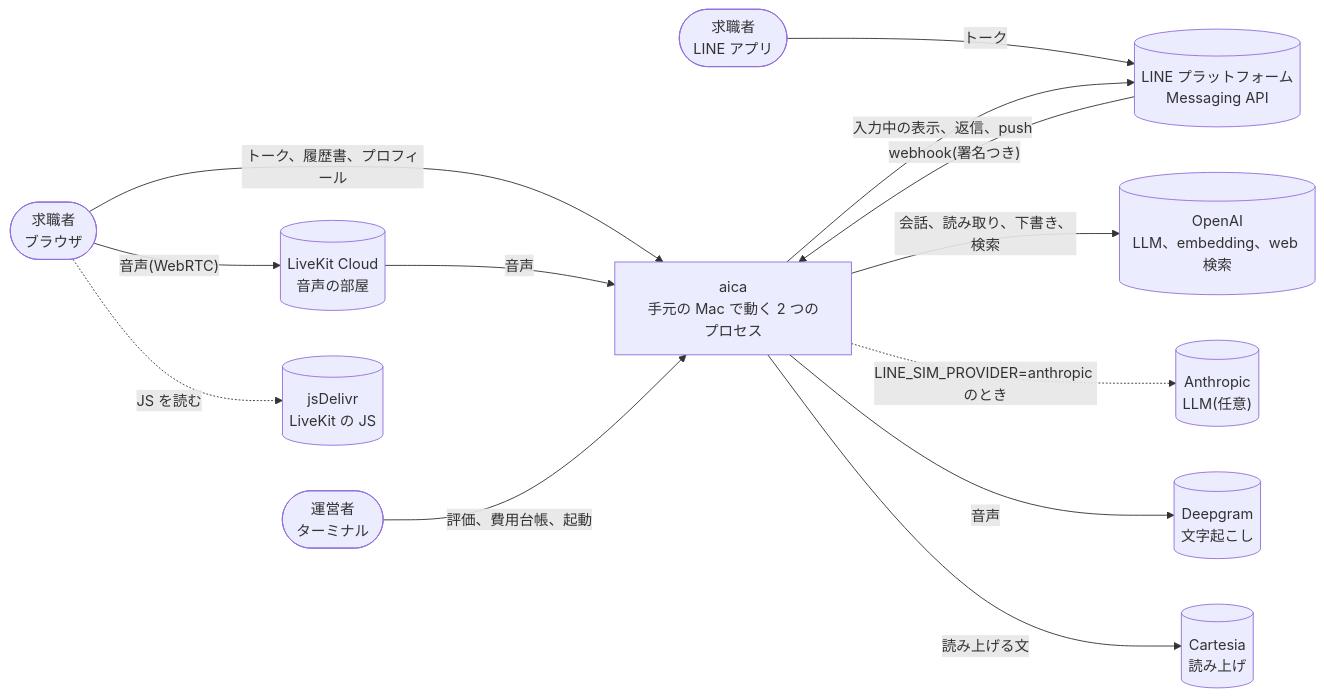
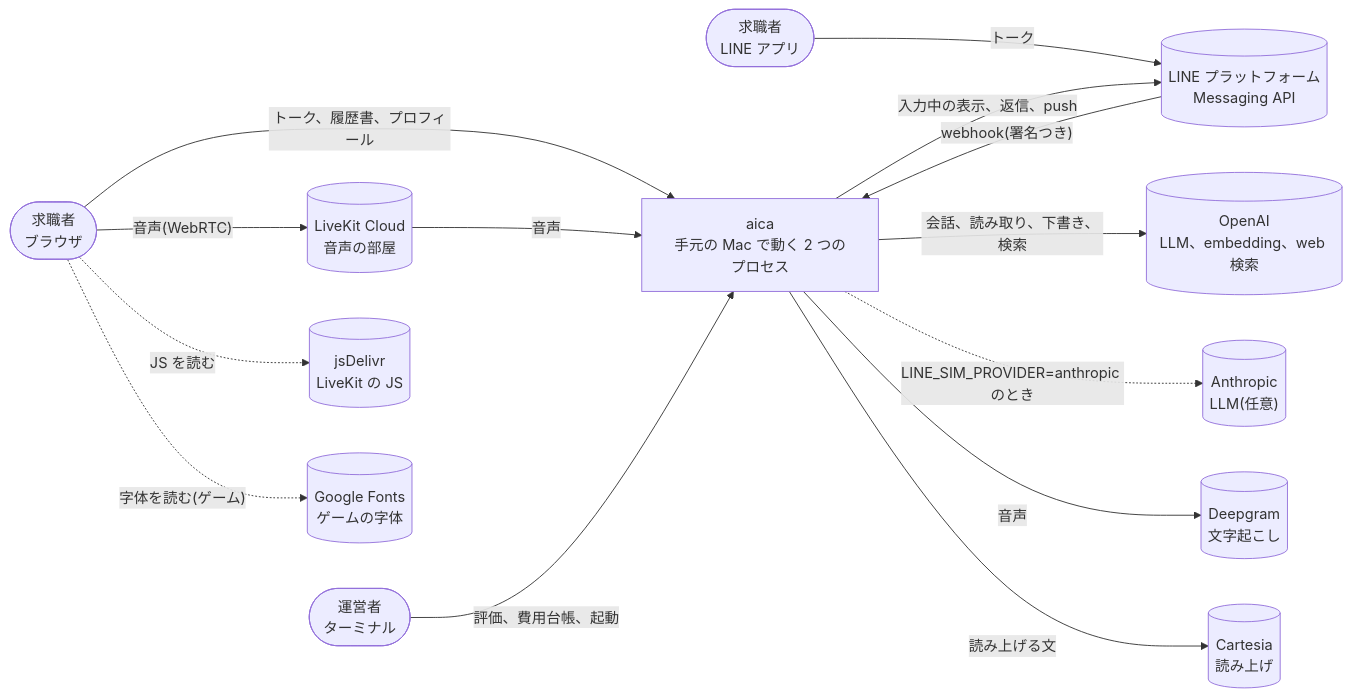
The first of 11 diagrams in docs/architecture/hld.md (jyoka/aica), drawn with Mermaid before and after one commit. The commit also changed other lines of this file and 16 other files, not shown here.

````diff
--- a/docs/architecture/hld.md
+++ b/docs/architecture/hld.md
@@ -107,27 +108,29 @@
 ```mermaid
 flowchart LR
     seeker(["求職者<br/>ブラウザ"])
     lineu(["求職者<br/>LINE アプリ"])
     lineapi[("LINE プラットフォーム<br/>Messaging API")]
     op(["運営者<br/>ターミナル"])
     aica["aica<br/>手元の Mac で動く 2 つのプロセス"]
     openai[("OpenAI<br/>LLM、embedding、web 検索")]
     anthropic[("Anthropic<br/>LLM(任意)")]
     livekit[("LiveKit Cloud<br/>音声の部屋")]
     deepgram[("Deepgram<br/>文字起こし")]
     cartesia[("Cartesia<br/>読み上げ")]
     cdn[("jsDelivr<br/>LiveKit の JS")]
+    fonts[("Google Fonts<br/>ゲームの字体")]
 
     seeker -- "トーク、履歴書、プロフィール" --> aica
     lineu -- "トーク" --> lineapi
     lineapi -- "webhook(署名つき)" --> aica
     aica -- "入力中の表示、返信、push" --> lineapi
     seeker -- "音声(WebRTC)" --> livekit
     seeker -. "JS を読む" .-> cdn
+    seeker -. "字体を読む(ゲーム)" .-> fonts
     livekit -- "音声" --> aica
     op -- "評価、費用台帳、起動" --> aica
     aica -- "会話、読み取り、下書き、検索" --> openai
     aica -. "LINE_SIM_PROVIDER=anthropic のとき" .-> anthropic
     aica -- "音声" --> deepgram
     aica -- "読み上げる文" --> cartesia
 ```
````
